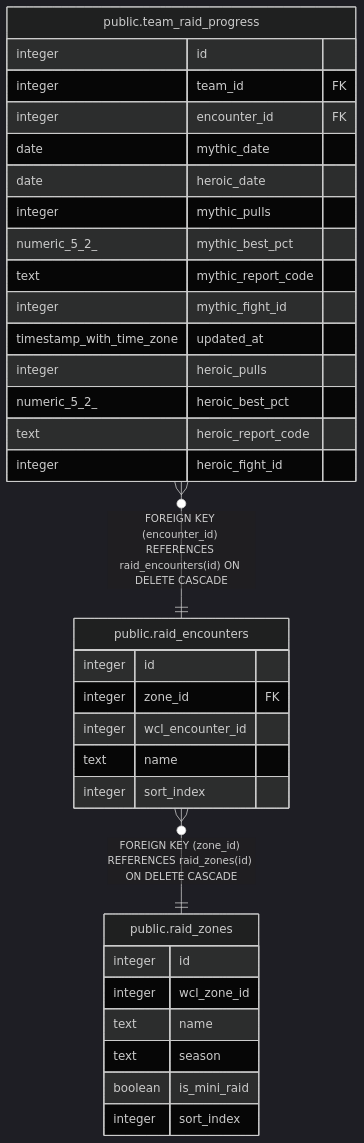
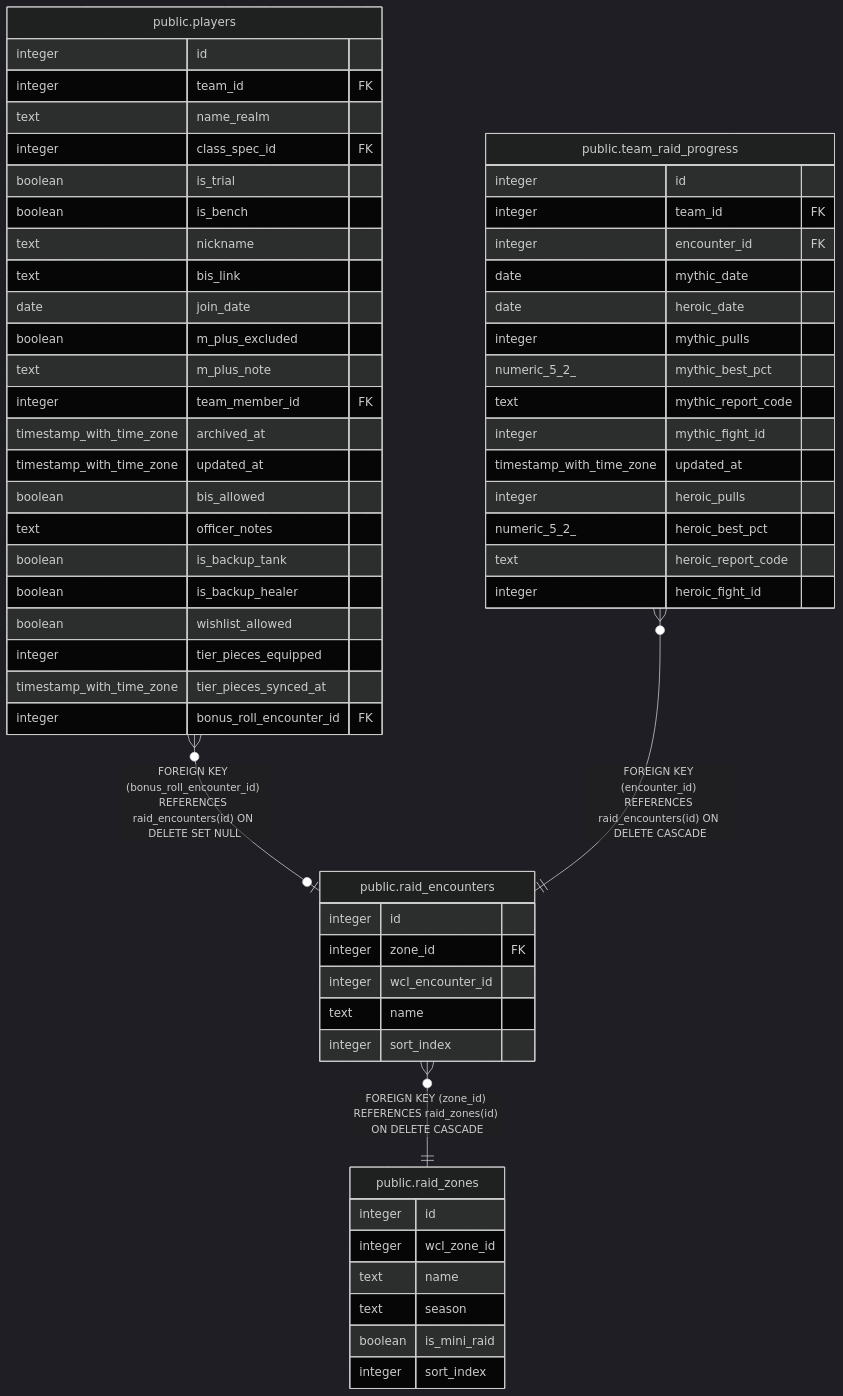
One commit to katogaming88/Phoenix-Roster changed the diagram in dbdoc/public.raid_encounters.md. Above: the diagram before and after it, drawn with Mermaid (dark theme). The commit also changed other lines of this file and 41 other files, not shown here.

First line of the commit message:
Add raider Bonus Roll target with officer Roster badge (#679)

````diff
--- a/dbdoc/public.raid_encounters.md
+++ b/dbdoc/public.raid_encounters.md
@@ -30,38 +30,63 @@
 ```mermaid
 erDiagram
 
+"public.players" }o--o| "public.raid_encounters" : "FOREIGN KEY (bonus_roll_encounter_id) REFERENCES raid_encounters(id) ON DELETE SET NULL"
 "public.team_raid_progress" }o--|| "public.raid_encounters" : "FOREIGN KEY (encounter_id) REFERENCES raid_encounters(id) ON DELETE CASCADE"
 "public.raid_encounters" }o--|| "public.raid_zones" : "FOREIGN KEY (zone_id) REFERENCES raid_zones(id) ON DELETE CASCADE"
 
 "public.raid_encounters" {
   integer id
   integer zone_id FK
   integer wcl_encounter_id
   text name
   integer sort_index
+}
+"public.players" {
+  integer id
+  integer team_id FK
+  text name_realm
+  integer class_spec_id FK
+  boolean is_trial
+  boolean is_bench
+  text nickname
+  text bis_link
+  date join_date
+  boolean m_plus_excluded
+  text m_plus_note
+  integer team_member_id FK
+  timestamp_with_time_zone archived_at
+  timestamp_with_time_zone updated_at
+  boolean bis_allowed
+  text officer_notes
+  boolean is_backup_tank
+  boolean is_backup_healer
+  boolean wishlist_allowed
+  integer tier_pieces_equipped
+  timestamp_with_time_zone tier_pieces_synced_at
+  integer bonus_roll_encounter_id FK
 }
 "public.team_raid_progress" {
   integer id
   integer team_id FK
   integer encounter_id FK
   date mythic_date
   date heroic_date
   integer mythic_pulls
   numeric_5_2_ mythic_best_pct
   text mythic_report_code
   integer mythic_fight_id
   timestamp_with_time_zone updated_at
   integer heroic_pulls
   numeric_5_2_ heroic_best_pct
   text heroic_report_code
   integer heroic_fight_id
 }
 "public.raid_zones" {
   integer id
   integer wcl_zone_id
   text name
   text season
   boolean is_mini_raid
   integer sort_index
 }
 ```
````
